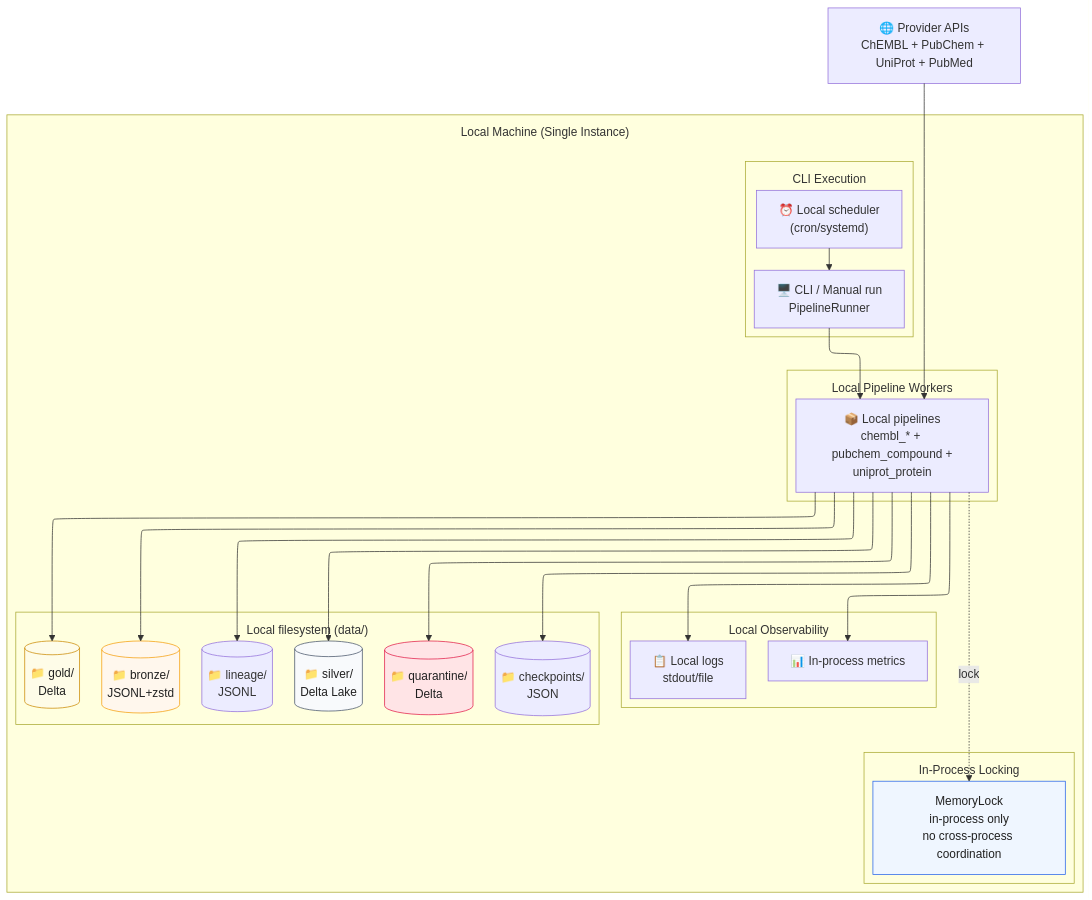
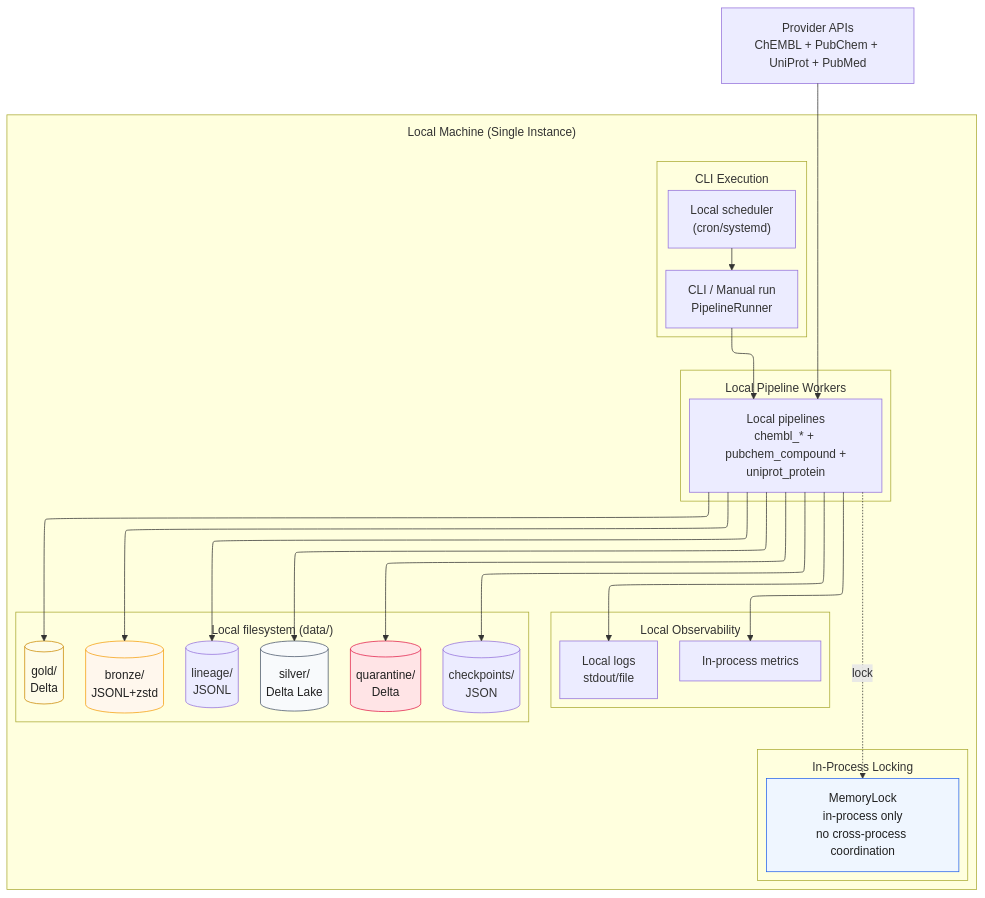
The diagram in docs/02-architecture/diagrams/views/12-local-deployment-architecture-full.mermaid (SatoryKono/BioactivityDataAcquisition), drawn with Mermaid before and after one commit. The commit also changed 191 other files, not shown here.

Commit message:
refactor: repair architecture ownership and evidence contracts

```diff
--- a/docs/02-architecture/diagrams/views/12-local-deployment-architecture-full.mermaid
+++ b/docs/02-architecture/diagrams/views/12-local-deployment-architecture-full.mermaid
@@ -1,78 +1,78 @@
 %% Reviewed: 2026-08-14 against current lock/ports/composition/local-only/publication-merge paths (#8762)
 %% View: Full | Parent: (root)
 %% Parent source: docs/02-architecture/diagrams/foundation/12-local-deployment-architecture.mmd
 %% Full reference diagram retained after decomposition.
 %% Synced: 2026-07-08
 
 %% Title: Local Deployment Architecture
 %% Covers: local-only runtime, in-process locking, local filesystem outputs
 %% Updated: 2026-08-14
 %% Components: CLI, MemoryLock, local filesystem, observability
 
 %% @version 1.1.0
 %% @date    2026-03-16
 %% @type    flowchart
 %% @level   Mixed (System / Component / Class)
 %% @nodes   13
 %%{init: {'layout': 'elk', 'flowchart': {'subGraphTitleMargin': {'top': 12, 'bottom': 12}}, 'elk': {'mergeEdges': true, 'nodePlacementStrategy': 'BRANDES_KOEPF', 'edgeRouting': 'ORTHOGONAL'}}}%%
 %% @uniform width=200 height=72 max_title_len=20 max_desc_lines=2
 flowchart TB
-    ProviderAPIs["🌐 Provider APIs<br/>ChEMBL + PubChem + UniProt + PubMed"]:::size-md
+    ProviderAPIs["Provider APIs<br/>ChEMBL + PubChem + UniProt + PubMed"]:::size-md
 
     subgraph Local["Local Machine (Single Instance)"]
         subgraph Orchestration["CLI Execution"]
-            CLI["🖥️ CLI / Manual run<br/>PipelineRunner"]
-            Schedule["⏰ Local scheduler<br/>(cron/systemd)"]
+            CLI["CLI / Manual run<br/>PipelineRunner"]
+            Schedule["Local scheduler<br/>(cron/systemd)"]
         end
 
         subgraph Runtime["Local Pipeline Workers"]
-            Workers["📦 Local pipelines<br/>chembl_* + pubchem_compound +<br/>uniprot_protein"]:::size-md
+            Workers["Local pipelines<br/>chembl_* + pubchem_compound +<br/>uniprot_protein"]:::size-md
         end
 
         subgraph Locking["In-Process Locking"]
             MemoryLock["MemoryLock<br/>in-process only<br/>no cross-process coordination"]
         end
 
         subgraph Data["Local filesystem (data/)"]
-            Bronze[("📁 bronze/<br/>JSONL+zstd")]
-            Silver[("📁 silver/<br/>Delta Lake")]
-            Gold[("📁 gold/<br/>Delta")]
-            Quarantine[("📁 quarantine/<br/>Delta")]
-            Checkpoints[("📁 checkpoints/<br/>JSON")]
-            Lineage[("📁 lineage/<br/>JSONL")]
+            Bronze[("bronze/<br/>JSONL+zstd")]
+            Silver[("silver/<br/>Delta Lake")]
+            Gold[("gold/<br/>Delta")]
+            Quarantine[("quarantine/<br/>Delta")]
+            Checkpoints[("checkpoints/<br/>JSON")]
+            Lineage[("lineage/<br/>JSONL")]
         end
 
         subgraph Observability["Local Observability"]
-            Logs["📋 Local logs<br/>stdout/file"]
-            Metrics["📊 In-process metrics<br/>"]
+            Logs["Local logs<br/>stdout/file"]
+            Metrics["In-process metrics<br/>"]
         end
     end
 
     %% External API connections
     ProviderAPIs --> Workers
 
     %% Orchestration to runtime
     CLI --> Workers
     Schedule --> CLI
 
     %% Runtime to MemoryLock
     Workers -.->|lock| MemoryLock
 
     %% Runtime to local filesystem
     Workers --> Bronze
     Workers --> Silver
     Workers --> Gold
     Workers --> Quarantine
     Workers --> Checkpoints
     Workers --> Lineage
 
     %% Runtime to local observability
     Workers --> Logs
     Workers --> Metrics
 
     %% Styling
     style Bronze fill:#fff7ed,stroke:#f59e0b,color:#212121
     style Silver fill:#f8fafc,stroke:#475569,color:#212121
     style Gold fill:#fefce8,stroke:#ca8a04,color:#212121
     style Quarantine fill:#ffe4e6,stroke:#e11d48,color:#212121
     style MemoryLock fill:#eff6ff,stroke:#2563eb,color:#212121
```
